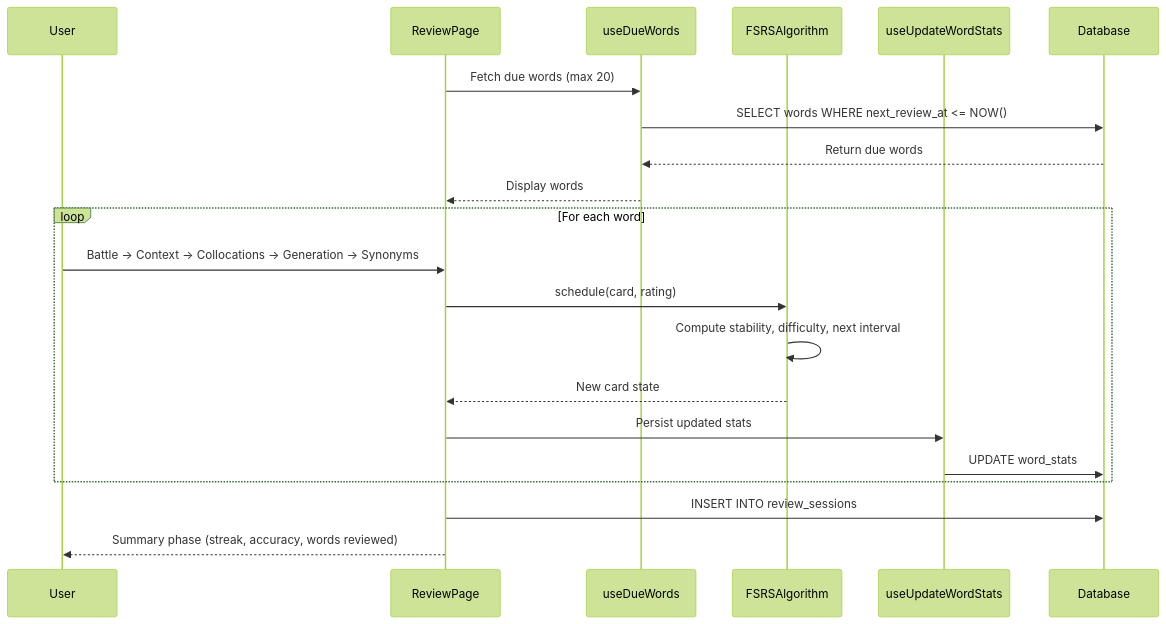
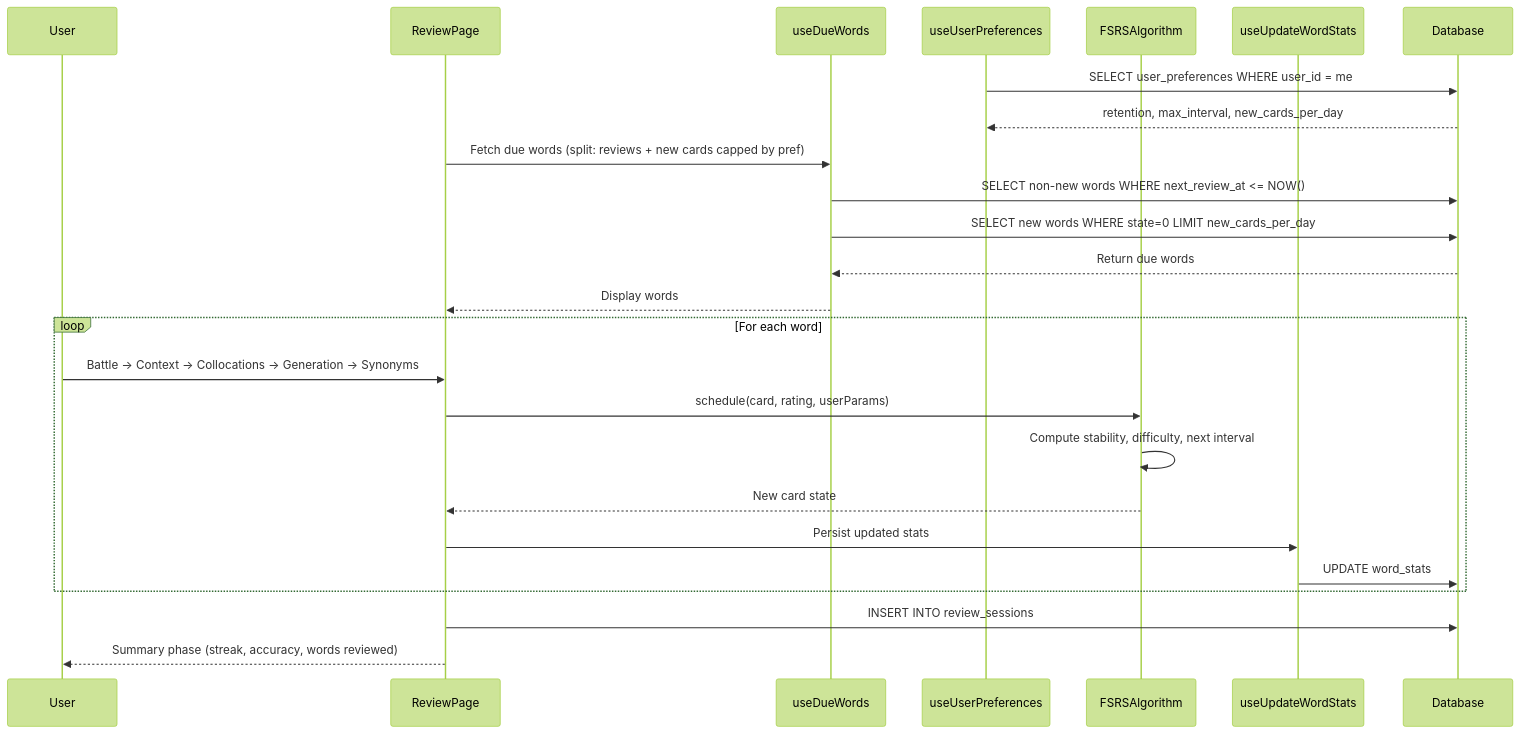
The second of 5 diagrams in README.md (MirazZim/LexCore), drawn with Mermaid (forest theme) before and after one commit. The commit also changed other lines of this file, not shown here.

````diff
--- a/README.md
+++ b/README.md
@@ -142,26 +146,31 @@
 ```mermaid
 sequenceDiagram
     participant User
     participant ReviewPage
     participant useDueWords
+    participant useUserPreferences
     participant FSRSAlgorithm
     participant useUpdateWordStats
     participant Database
 
-    ReviewPage->>useDueWords: Fetch due words (max 20)
-    useDueWords->>Database: SELECT words WHERE next_review_at <= NOW()
+    useUserPreferences->>Database: SELECT user_preferences WHERE user_id = me
+    Database-->>useUserPreferences: retention, max_interval, new_cards_per_day
+
+    ReviewPage->>useDueWords: Fetch due words (split: reviews + new cards capped by pref)
+    useDueWords->>Database: SELECT non-new words WHERE next_review_at <= NOW()
+    useDueWords->>Database: SELECT new words WHERE state=0 LIMIT new_cards_per_day
     Database-->>useDueWords: Return due words
     useDueWords-->>ReviewPage: Display words
 
     loop For each word
         User->>ReviewPage: Battle → Context → Collocations → Generation → Synonyms
-        ReviewPage->>FSRSAlgorithm: schedule(card, rating)
+        ReviewPage->>FSRSAlgorithm: schedule(card, rating, userParams)
         FSRSAlgorithm->>FSRSAlgorithm: Compute stability, difficulty, next interval
         FSRSAlgorithm-->>ReviewPage: New card state
         ReviewPage->>useUpdateWordStats: Persist updated stats
         useUpdateWordStats->>Database: UPDATE word_stats
     end
 
     ReviewPage->>Database: INSERT INTO review_sessions
     ReviewPage-->>User: Summary phase (streak, accuracy, words reviewed)
 ```
````
